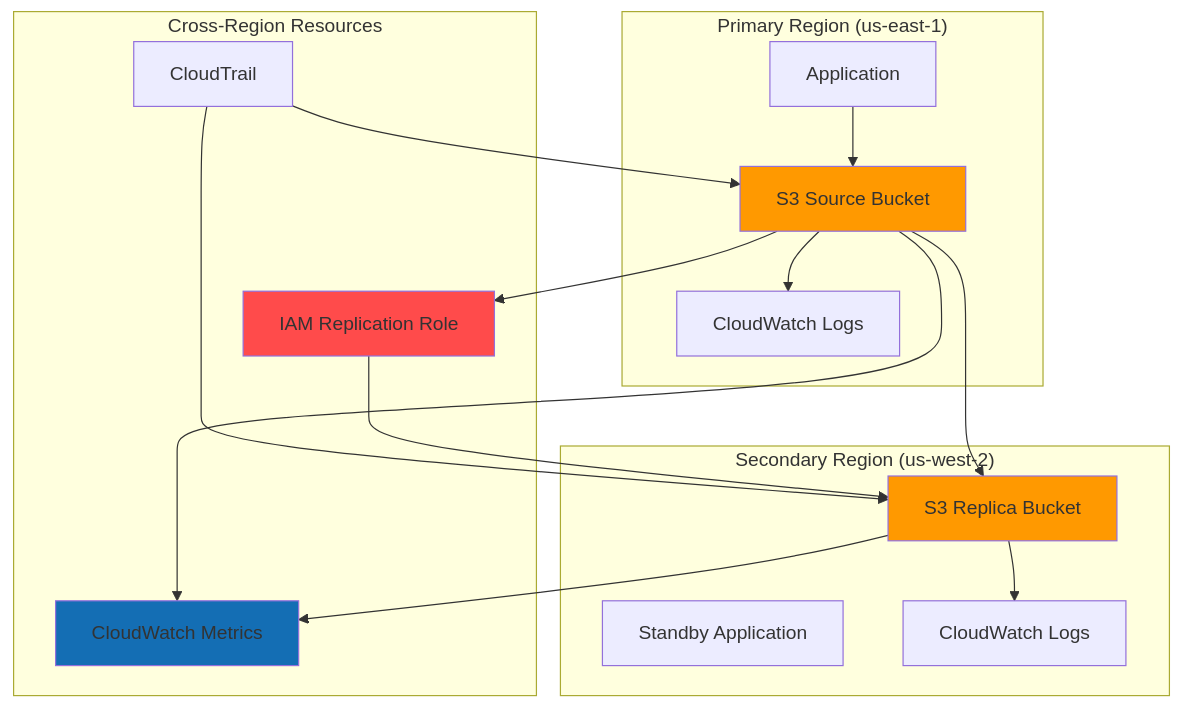
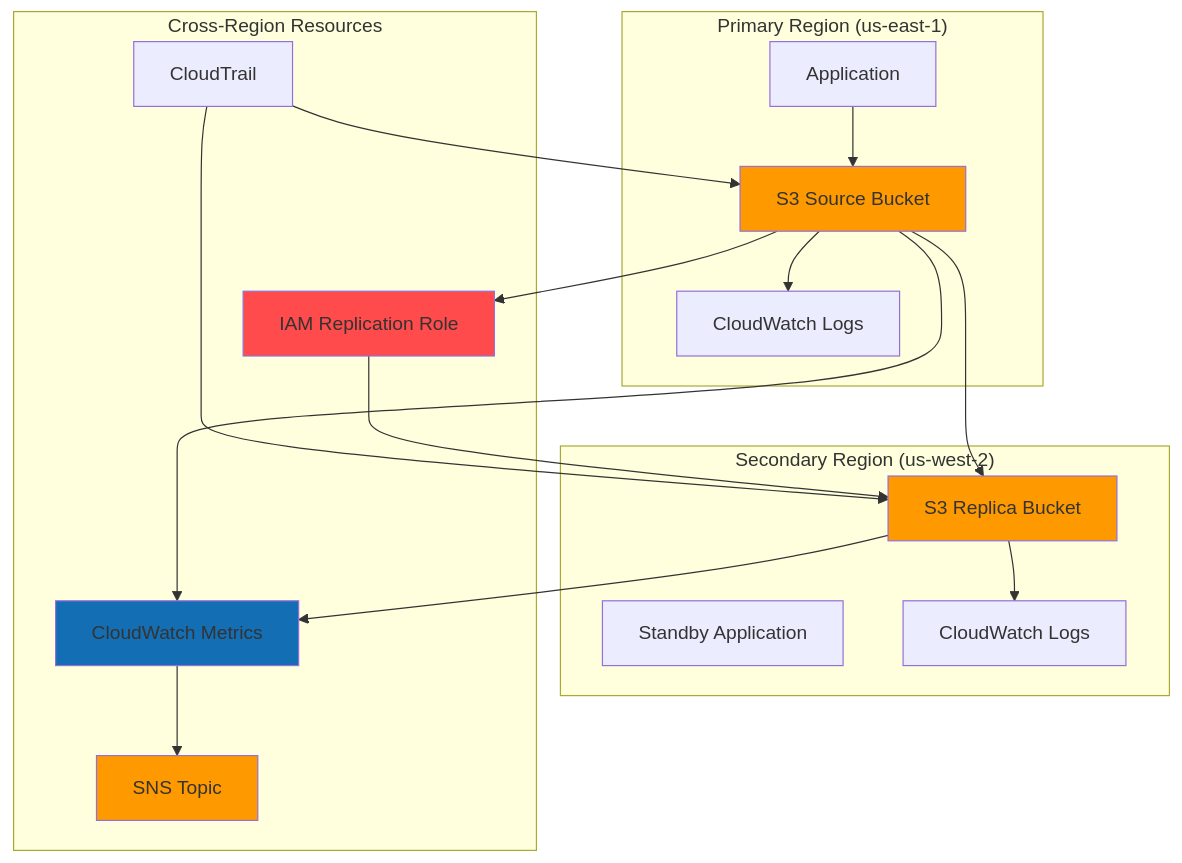
One commit to mzazon/awesome-cloud-projects changed the diagram in aws/disaster-recovery-solutions-s3/disaster-recovery-solutions-s3.md. Above: the diagram before and after it, drawn with Mermaid. The commit also changed other lines of this file and 5581 other files, not shown here.

````diff
--- a/aws/disaster-recovery-solutions-s3/disaster-recovery-solutions-s3.md
+++ b/aws/disaster-recovery-solutions-s3/disaster-recovery-solutions-s3.md
@@ -30,36 +30,39 @@
 ```mermaid
 graph TB
     subgraph "Primary Region (us-east-1)"
         S3PRIMARY[S3 Source Bucket]
         APP1[Application]
         CW1[CloudWatch Logs]
     end
     
     subgraph "Secondary Region (us-west-2)"
         S3REPLICA[S3 Replica Bucket]
         APP2[Standby Application]
         CW2[CloudWatch Logs]
     end
     
     subgraph "Cross-Region Resources"
         IAMROLE[IAM Replication Role]
         CT[CloudTrail]
         CWM[CloudWatch Metrics]
+        SNS[SNS Topic]
     end
     
     APP1 --> S3PRIMARY
     S3PRIMARY --> S3REPLICA
     S3PRIMARY --> IAMROLE
     IAMROLE --> S3REPLICA
     S3PRIMARY --> CW1
     S3REPLICA --> CW2
     S3PRIMARY --> CWM
     S3REPLICA --> CWM
     CT --> S3PRIMARY
     CT --> S3REPLICA
+    CWM --> SNS
     
     style S3PRIMARY fill:#FF9900
     style S3REPLICA fill:#FF9900
     style IAMROLE fill:#FF4B4B
     style CWM fill:#146EB4
+    style SNS fill:#FF9900
 ```
````
